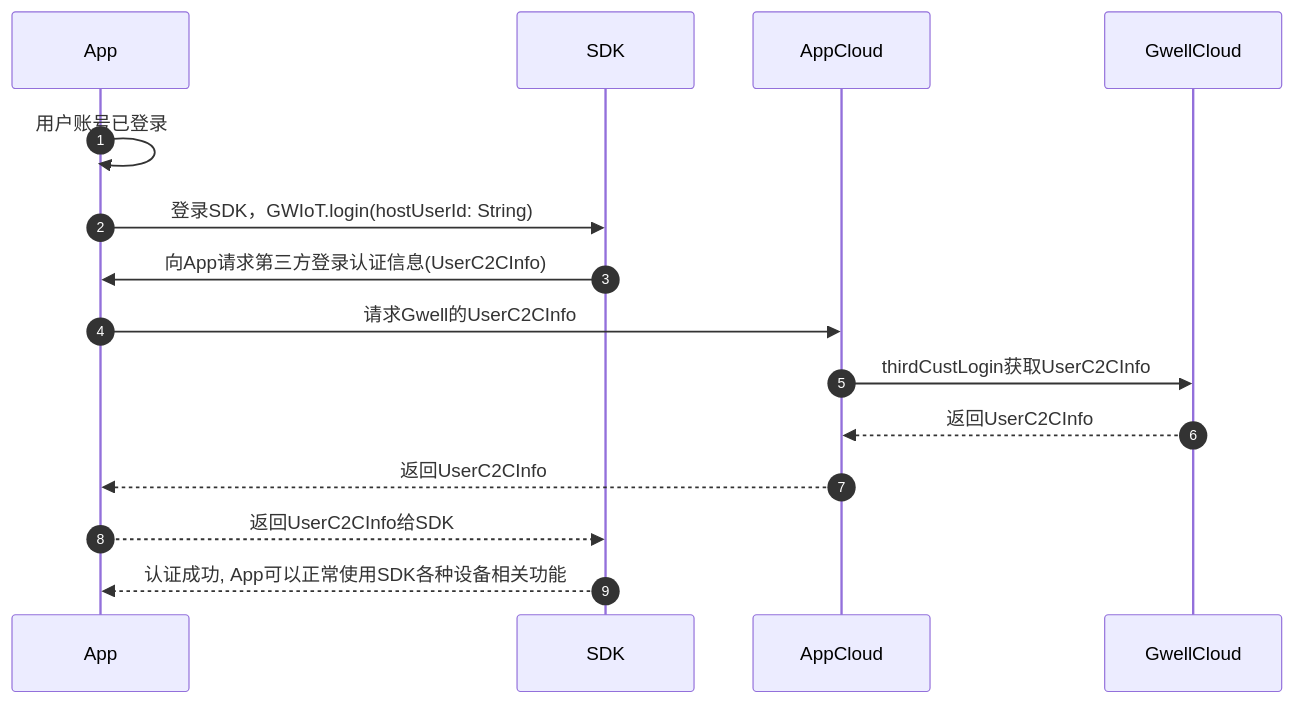
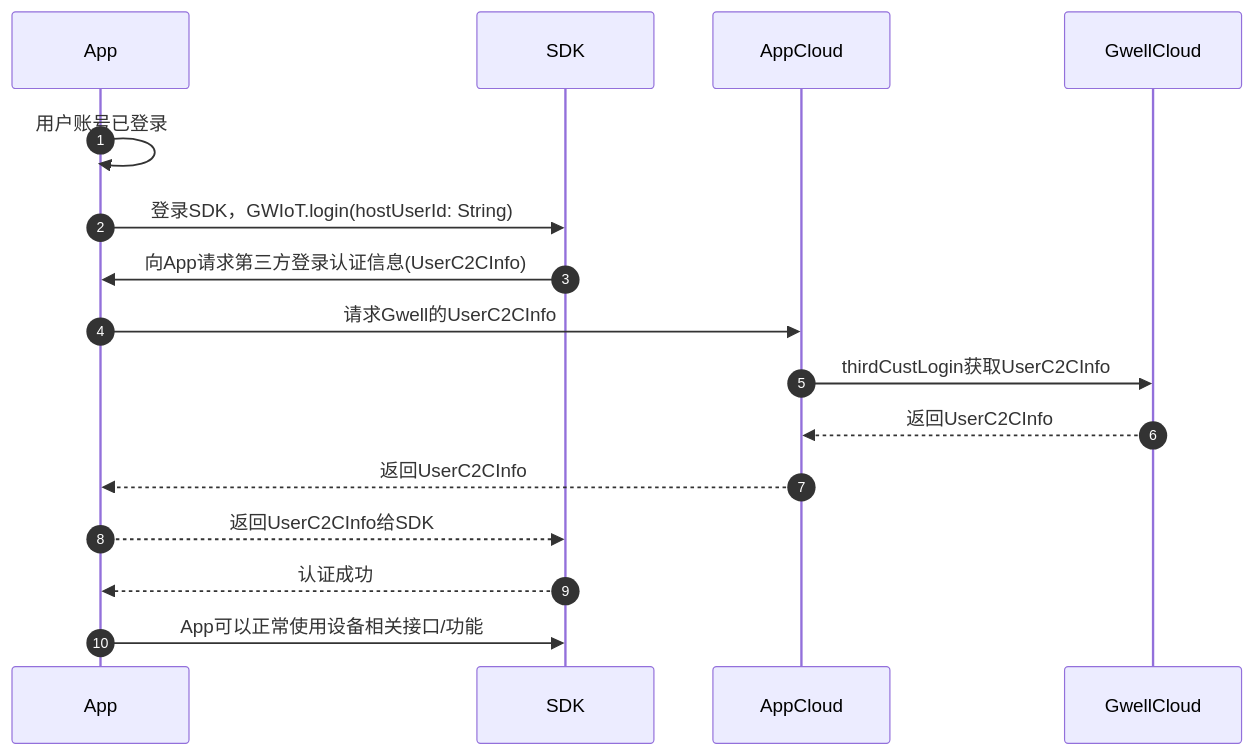
Before and after one commit to reoqoo/gwiotapi: the diagram in docs/app_third_login.md, drawn with Mermaid. The commit also changed other lines of this file and 1 other file, not shown here.

````diff
--- a/docs/app_third_login.md
+++ b/docs/app_third_login.md
@@ -7,24 +7,26 @@
 ```mermaid
 sequenceDiagram
     autonumber
 
     App->> App: 用户账号已登录
 
     App->>SDK: 登录SDK，GWIoT.login(hostUserId: String)
 
     SDK->> App: 向App请求第三方登录认证信息(UserC2CInfo)
 
     App->> AppCloud: 请求Gwell的UserC2CInfo
 
 
     AppCloud->> GwellCloud: thirdCustLogin获取UserC2CInfo
 
     GwellCloud-->>AppCloud: 返回UserC2CInfo
 
     AppCloud-->>App: 返回UserC2CInfo
     App-->>SDK: 返回UserC2CInfo给SDK
 
-    SDK-->> App: 认证成功, App可以正常使用SDK各种设备相关功能
+    SDK-->> App: 认证成功
+    
+    App->>SDK: App可以正常使用设备相关接口/功能
 
 
 ```
````
